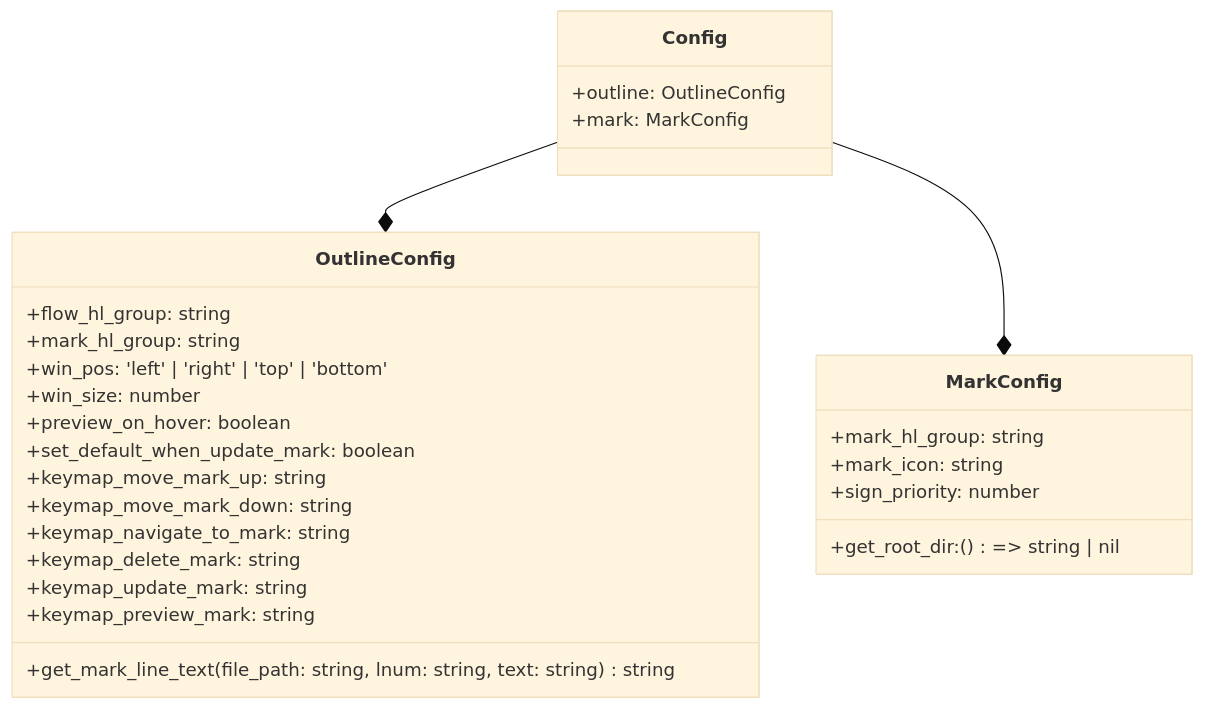
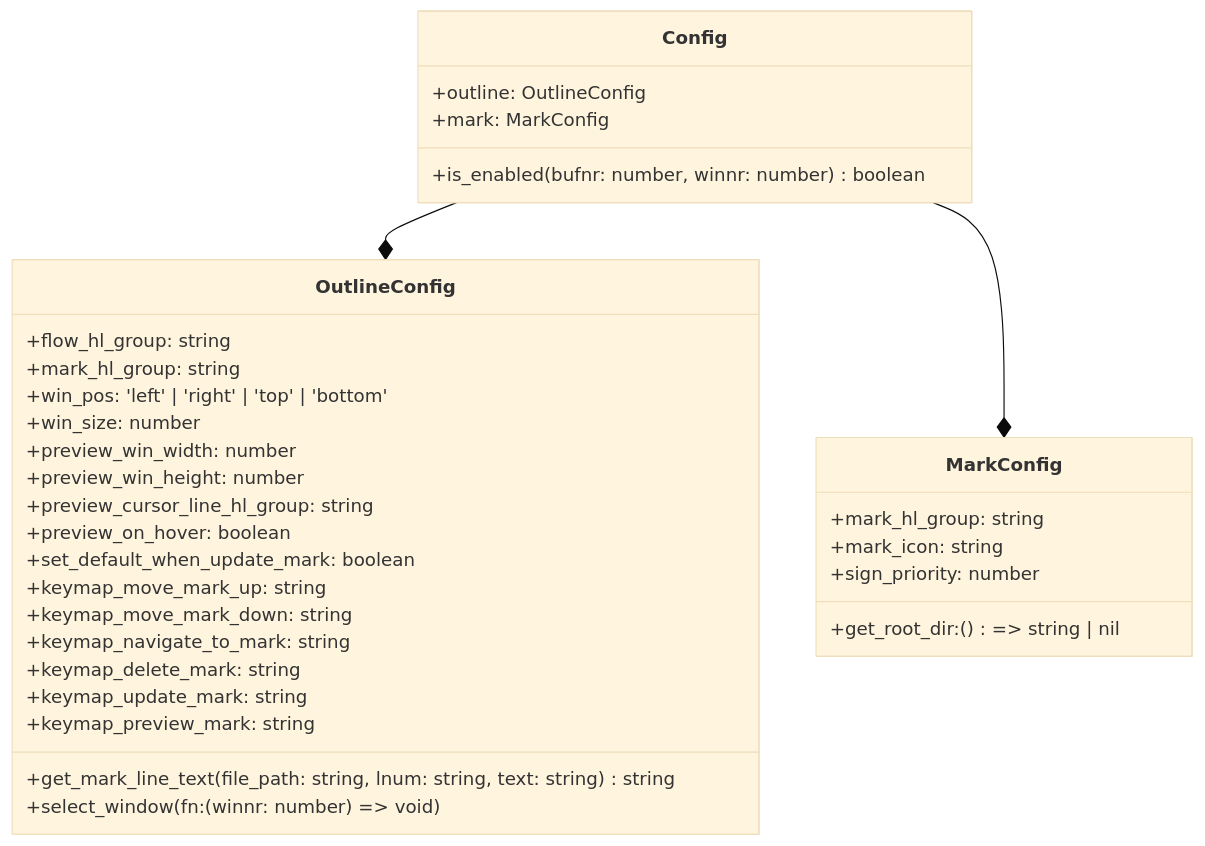
Diagram 17 of 17 in DESIGN.md (niuiic/track.nvim), drawn with Mermaid (base theme) before and after one commit. The commit also changed other lines of this file and 5 other files, not shown here.

````diff
--- a/DESIGN.md
+++ b/DESIGN.md
@@ -447,33 +453,38 @@
 ```mermaid
 classDiagram
     Config --* OutlineConfig
     Config --* MarkConfig
     class Config {
         +outline: OutlineConfig
         +mark: MarkConfig
+        +is_enabled(bufnr: number, winnr: number) boolean
     }
 
     class OutlineConfig {
         +flow_hl_group: string
         +mark_hl_group: string
         +win_pos: 'left' | 'right' | 'top' | 'bottom'
         +win_size: number
+        +preview_win_width: number
+        +preview_win_height: number
+        +preview_cursor_line_hl_group: string
         +preview_on_hover: boolean
         +set_default_when_update_mark: boolean
         +keymap_move_mark_up: string
         +keymap_move_mark_down: string
         +keymap_navigate_to_mark: string
         +keymap_delete_mark: string
         +keymap_update_mark: string
         +keymap_preview_mark: string
 
         +get_mark_line_text(file_path: string, lnum: string, text: string) string
+        +select_window(fn: (winnr: number) => void)
     }
 
     class MarkConfig {
         +mark_hl_group: string
         +mark_icon: string
         +get_root_dir: () => string | nil
         +sign_priority: number
     }
 ```
````
